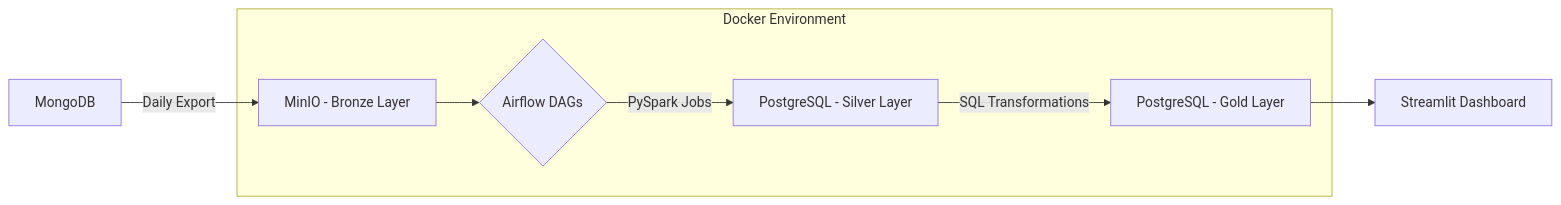
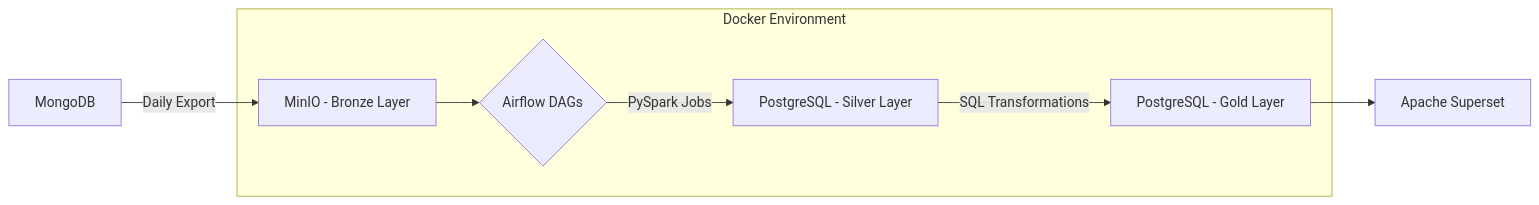
Before and after one commit to asdhamidi/hisaab-pipeline: the diagram in README.md, drawn with Mermaid. The commit also changed other lines of this file and 8 other files, not shown here.

````diff
--- a/README.md
+++ b/README.md
@@ -55,15 +56,15 @@
 ```mermaid
 graph LR
     A[MongoDB] -->|Daily Export| B[MinIO - Bronze Layer]
     B --> C{Airflow DAGs}
     C -->|PySpark Jobs| D[PostgreSQL - Silver Layer]
     D -->|SQL Transformations| E[PostgreSQL - Gold Layer]
-    E --> F[Streamlit Dashboard]
-    
+    E --> F[Apache Superset]
+
     subgraph Docker Environment
     B
     C
     D
     E
     end
 ```
````
